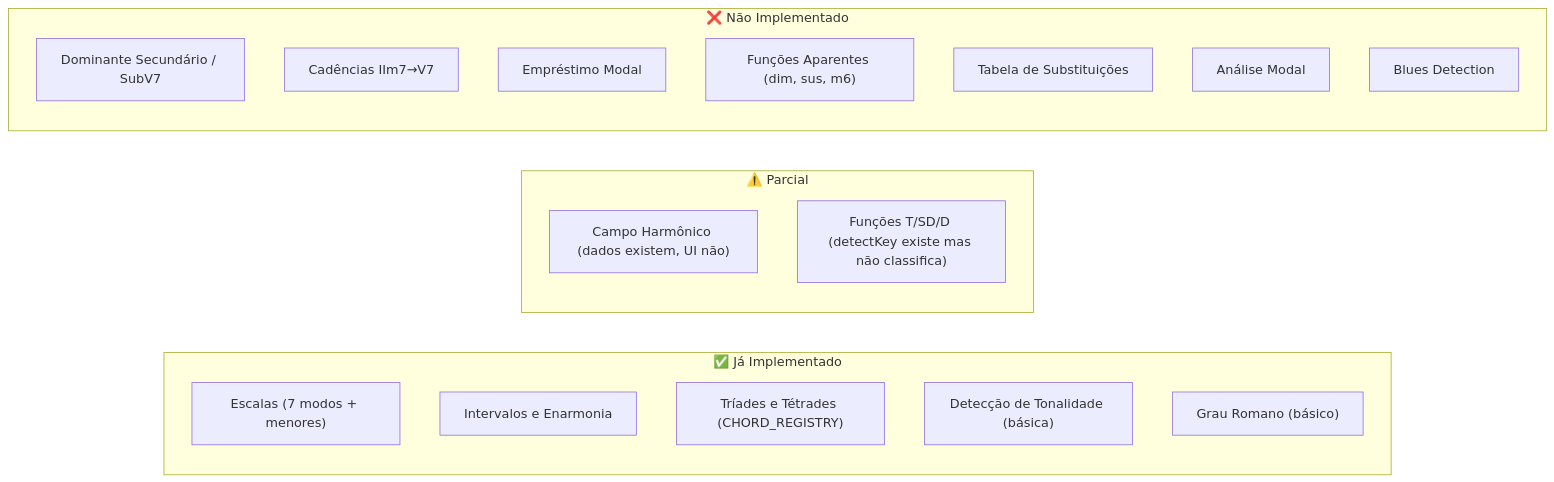
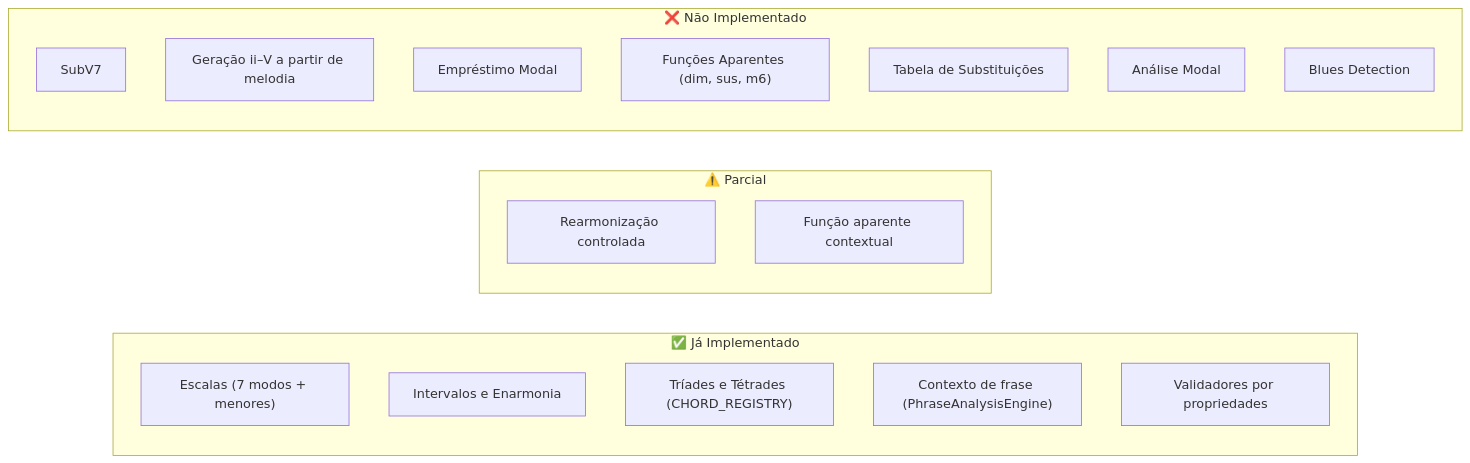
Before and after one commit to gustavoesteves/FindChord: the diagram in docs/analise_ebooks_erica_masson.md, drawn with Mermaid. The commit also changed other lines of this file and 438 other files, not shown here.

````diff
--- a/docs/analise_ebooks_erica_masson.md
+++ b/docs/analise_ebooks_erica_masson.md
@@ -198,25 +198,25 @@
 ```mermaid
 graph LR
     subgraph "✅ Já Implementado"
         A["Escalas (7 modos + menores)"]
         B["Intervalos e Enarmonia"]
         C["Tríades e Tétrades (CHORD_REGISTRY)"]
-        D["Detecção de Tonalidade (básica)"]
-        E["Grau Romano (básico)"]
+        D["Contexto de frase (PhraseAnalysisEngine)"]
+        E["Validadores por propriedades"]
     end
     
     subgraph "⚠️ Parcial"
-        F["Campo Harmônico (dados existem, UI não)"]
-        G["Funções T/SD/D (detectKey existe mas não classifica)"]
+        F["Rearmonização controlada"]
+        G["Função aparente contextual"]
     end
     
     subgraph "❌ Não Implementado"
-        H["Dominante Secundário / SubV7"]
-        I["Cadências IIm7→V7"]
+        H["SubV7"]
+        I["Geração ii–V a partir de melodia"]
         J["Empréstimo Modal"]
         K["Funções Aparentes (dim, sus, m6)"]
         L["Tabela de Substituições"]
         M["Análise Modal"]
         N["Blues Detection"]
     end
 ```
````
